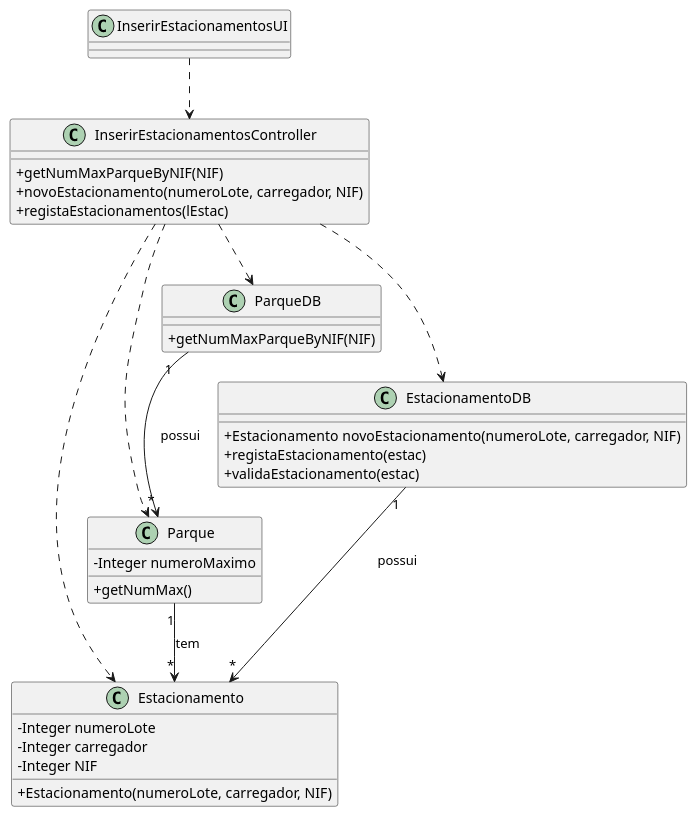
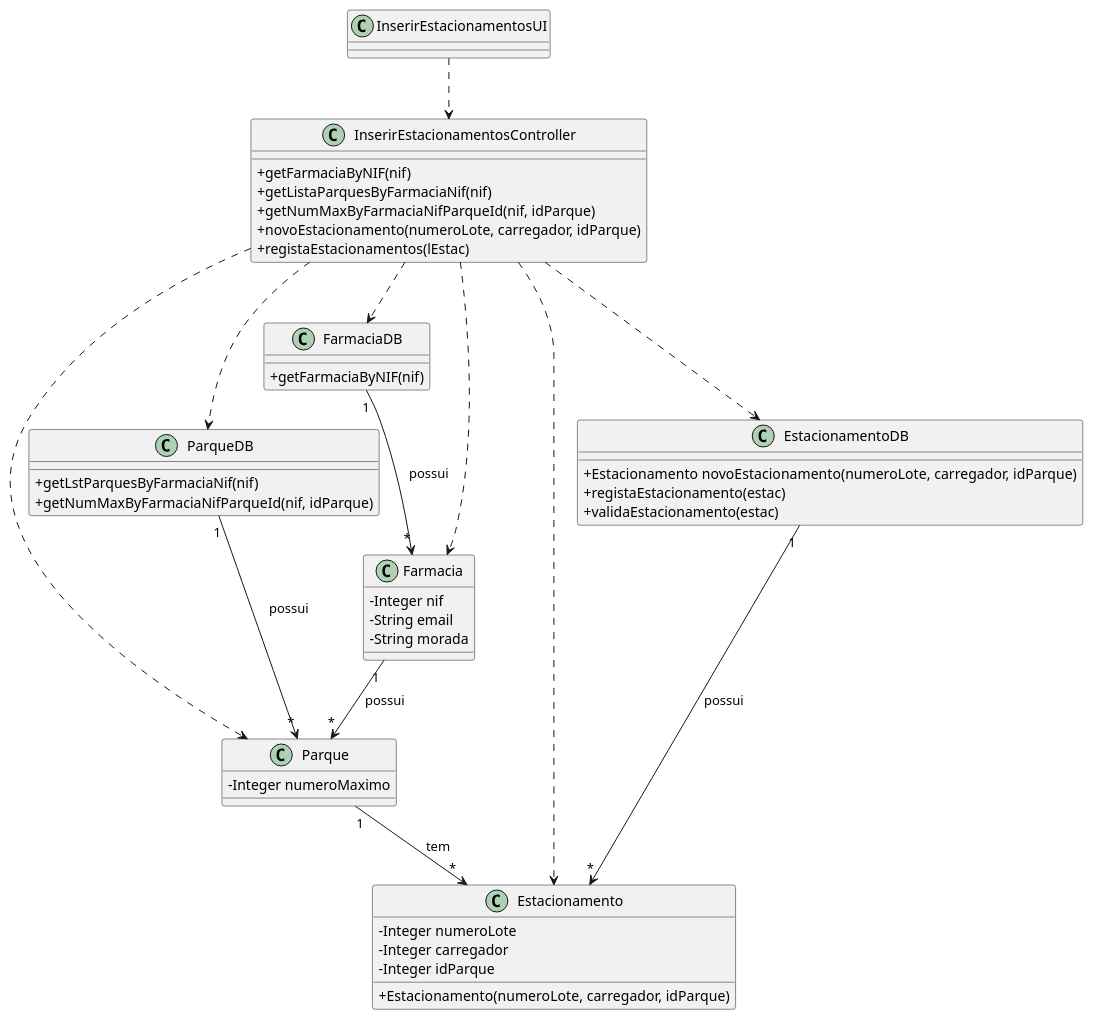
Before and after one commit to pedrolemos4/LAPR3: the diagram in docs/UC83/CD-INSERIR ESTACIONAMENTO.puml, drawn with PlantUML. The commit also changed 7 other files, not shown here.

```diff
--- a/docs/UC83/CD-INSERIR ESTACIONAMENTO.puml
+++ b/docs/UC83/CD-INSERIR ESTACIONAMENTO.puml
@@ -1,45 +1,61 @@
 @startuml
 skinparam classAttributeIconSize 0
 
+class Farmacia {
+  - Integer nif
+  - String email
+  - String morada
+}
+
 class Parque {
   -Integer numeroMaximo
-  +getNumMax()
 }
 
 class Estacionamento {
   -Integer numeroLote
   -Integer carregador
-  -Integer NIF
-  +Estacionamento(numeroLote, carregador, NIF)
+  -Integer idParque
+  +Estacionamento(numeroLote, carregador, idParque)
+}
+
+class FarmaciaDB {
+  +getFarmaciaByNIF(nif)
 }
 
 class ParqueDB {
-  +getNumMaxParqueByNIF(NIF)
+  +getLstParquesByFarmaciaNif(nif)
+  +getNumMaxByFarmaciaNifParqueId(nif, idParque)
 }
 
 class EstacionamentoDB {
-  +Estacionamento novoEstacionamento(numeroLote, carregador, NIF)
+  +Estacionamento novoEstacionamento(numeroLote, carregador, idParque)
   +registaEstacionamento(estac)
   +validaEstacionamento(estac)
 }
 
 class InserirEstacionamentosController {
-    +getNumMaxParqueByNIF(NIF)
-    +novoEstacionamento(numeroLote, carregador, NIF)
+    +getFarmaciaByNIF(nif)
+    +getListaParquesByFarmaciaNif(nif)
+    +getNumMaxByFarmaciaNifParqueId(nif, idParque)
+    +novoEstacionamento(numeroLote, carregador, idParque)
     +registaEstacionamentos(lEstac)
 }
 
 class InserirEstacionamentosUI {
 }
 
 InserirEstacionamentosUI ..> InserirEstacionamentosController
+InserirEstacionamentosController ..> FarmaciaDB
+InserirEstacionamentosController ..> Farmacia
 InserirEstacionamentosController ..> ParqueDB
 InserirEstacionamentosController ..> Parque
 InserirEstacionamentosController ..> EstacionamentoDB
 InserirEstacionamentosController ..> Estacionamento
 
+FarmaciaDB "1" --> "*" Farmacia : possui
+Farmacia "1" --> "*" Parque : possui
 ParqueDB "1" --> "*" Parque : possui
 Parque "1" --> "*" Estacionamento : tem
 EstacionamentoDB "1" --> "*" Estacionamento : possui
 
 @enduml
```
